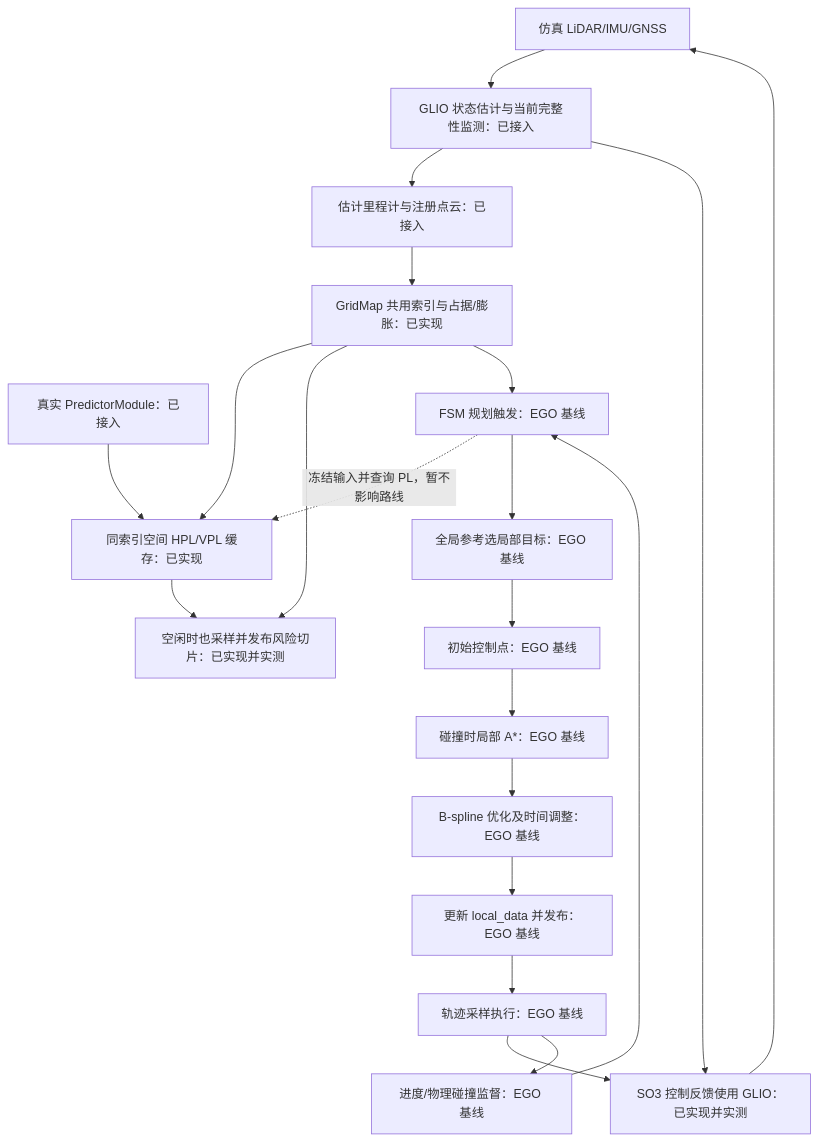
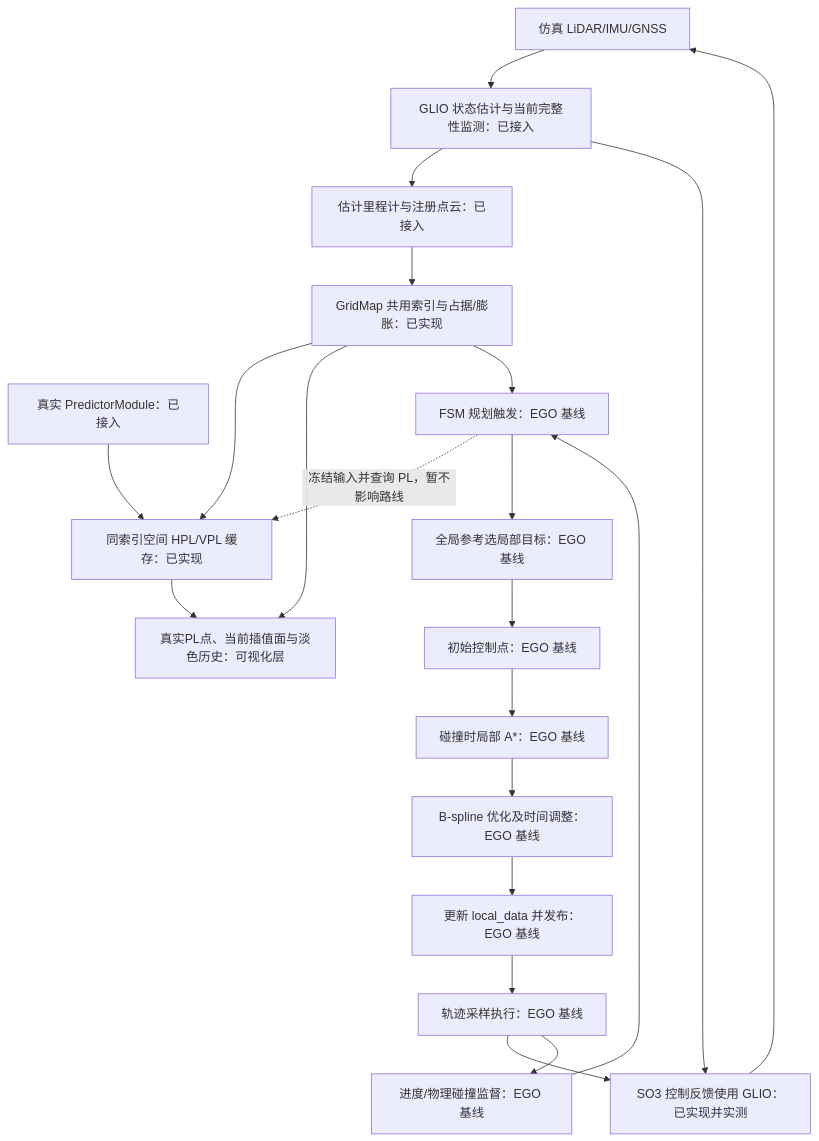
The second of 3 diagrams in docs/spec/ego_based_planning_flow.md (Printeger/iap), drawn with Mermaid before and after one commit. The commit also changed other lines of this file and 9 other files, not shown here.

````diff
--- a/docs/spec/ego_based_planning_flow.md
+++ b/docs/spec/ego_based_planning_flow.md
@@ -59,23 +59,23 @@
 ```mermaid
 flowchart TD
     Sensors[仿真 LiDAR/IMU/GNSS] --> GLIO[GLIO 状态估计与当前完整性监测：已接入]
     GLIO --> Inputs[估计里程计与注册点云：已接入]
     GLIO --> Control[SO3 控制反馈使用 GLIO：已实现并实测]
     Inputs --> Map[GridMap 共用索引与占据/膨胀：已实现]
     Predictor[真实 PredictorModule：已接入] --> Risk[同索引空间 HPL/VPL 缓存：已实现]
     Map --> Risk
-    Risk --> Viz[空闲时也采样并发布风险切片：已实现并实测]
+    Risk --> Viz[真实PL点、当前插值面与淡色历史：可视化层]
     Map --> Viz
     FSM -.->|冻结输入并查询 PL，暂不影响路线| Risk
     Map --> FSM[FSM 规划触发：EGO 基线]
     FSM --> Target[全局参考选局部目标：EGO 基线]
     Target --> Init[初始控制点：EGO 基线]
     Init --> Search[碰撞时局部 A*：EGO 基线]
     Search --> Opt[B-spline 优化及时间调整：EGO 基线]
     Opt --> Commit[更新 local_data 并发布：EGO 基线]
     Commit --> Execute[轨迹采样执行：EGO 基线]
     Execute --> Control
     Control --> Sensors
     Execute --> Check[进度/物理碰撞监督：EGO 基线]
     Check --> FSM
 ```
````
